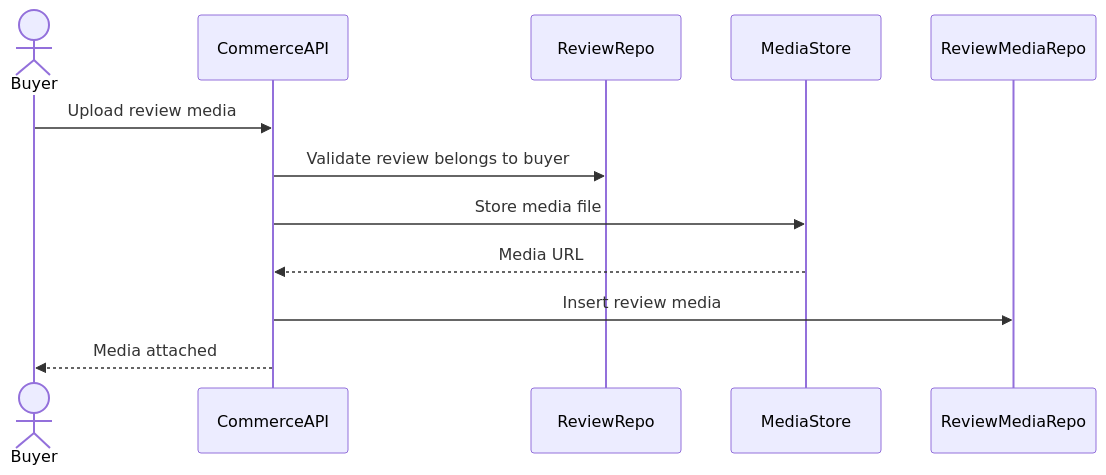
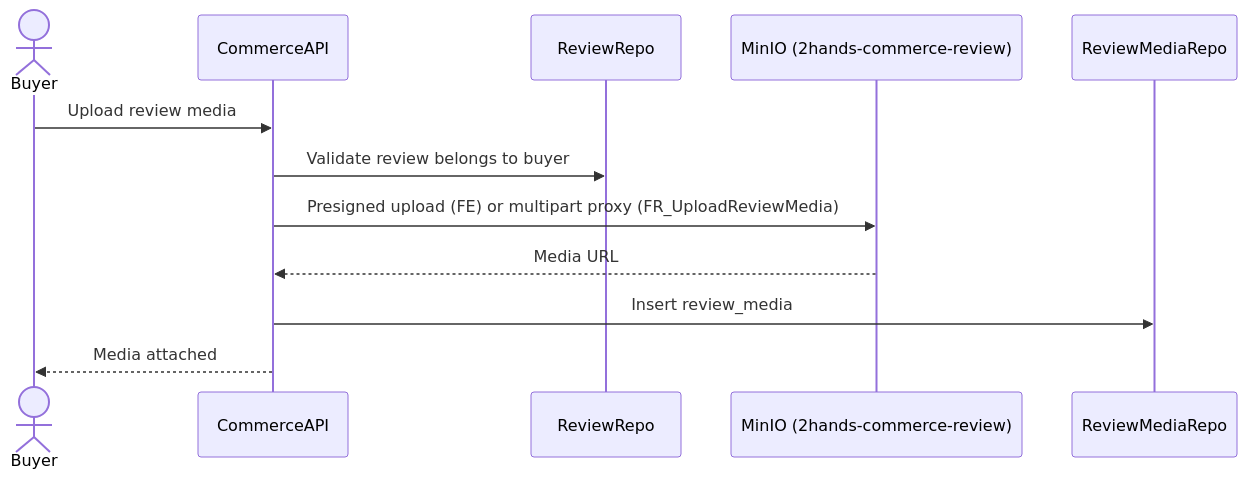
One commit to Kietptk2k4/2Hand_Projects changed the fourth of 7 diagrams in docs/business_flow/commerce_business_flow/review-lifecycle-flow.md. Above: the diagram before and after it, drawn with Mermaid. The commit also changed other lines of this file and 77 other files, not shown here.

Commit message:
commerce:BE: add enviroment variable for MinIO and implement function add to cart

````diff
--- a/docs/business_flow/commerce_business_flow/review-lifecycle-flow.md
+++ b/docs/business_flow/commerce_business_flow/review-lifecycle-flow.md
@@ -144,15 +144,15 @@
 ```mermaid
 sequenceDiagram
     actor Buyer
     participant CommerceAPI
     participant ReviewRepo
-    participant MediaStore
+    participant MinIO as MinIO (2hands-commerce-review)
     participant ReviewMediaRepo
 
     Buyer->>CommerceAPI: Upload review media
     CommerceAPI->>ReviewRepo: Validate review belongs to buyer
-    CommerceAPI->>MediaStore: Store media file
-    MediaStore-->>CommerceAPI: Media URL
-    CommerceAPI->>ReviewMediaRepo: Insert review media
+    CommerceAPI->>MinIO: Presigned upload (FE) or multipart proxy (FR_UploadReviewMedia)
+    MinIO-->>CommerceAPI: Media URL
+    CommerceAPI->>ReviewMediaRepo: Insert review_media
     CommerceAPI-->>Buyer: Media attached
 ```
````
